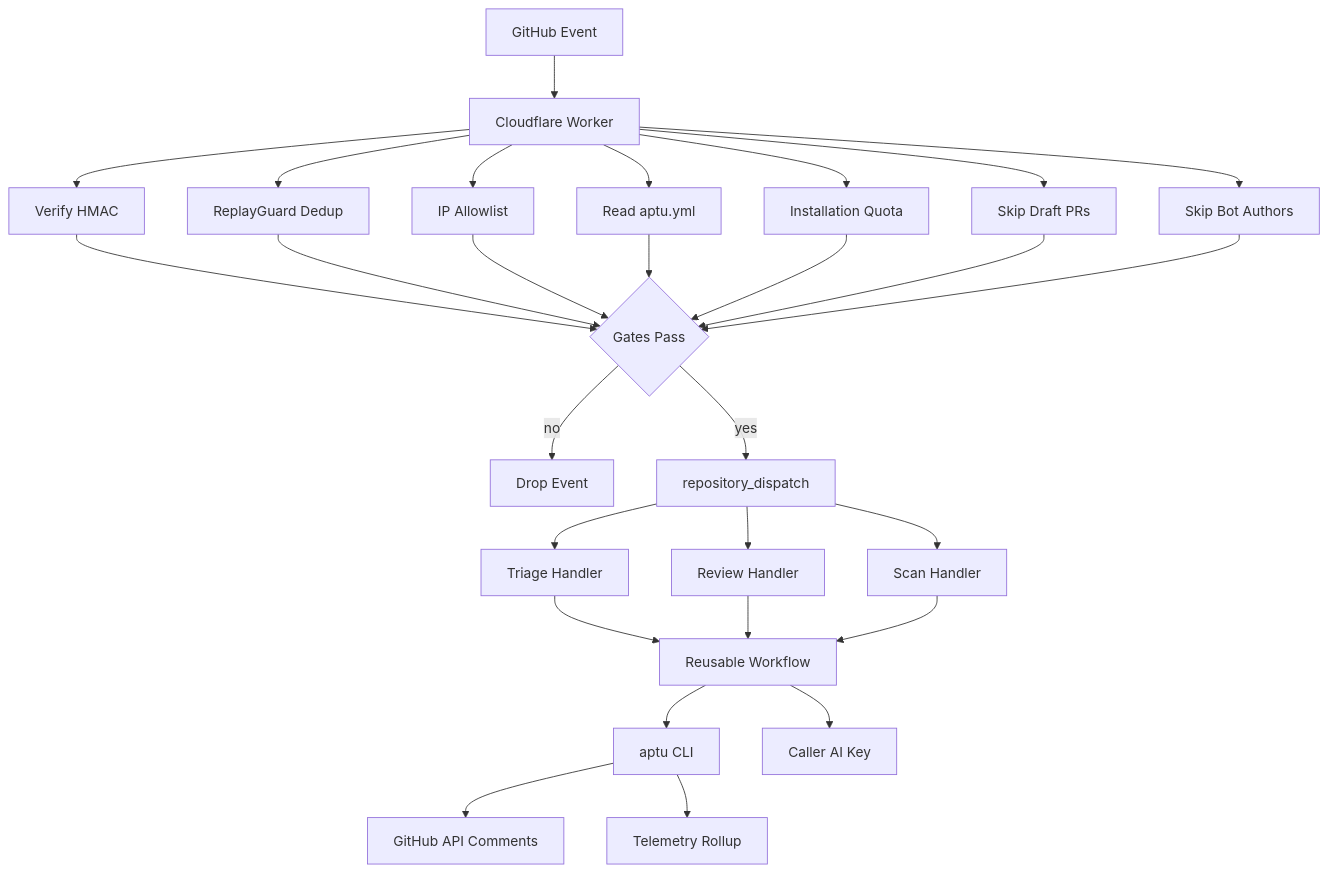
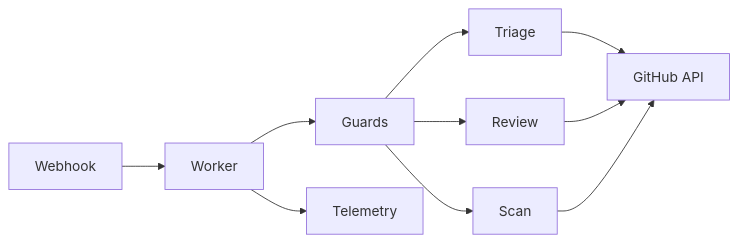
The diagram in docs/diagrams/architecture.mmd (clouatre-labs/aptu-github-app), drawn with Mermaid before and after one commit. The commit also changed 2 other files, not shown here.

Commit message:
docs(readme): drop workflow badges, simplify diagram (#352)

```diff
--- a/docs/diagrams/architecture.mmd
+++ b/docs/diagrams/architecture.mmd
@@ -1,28 +1,10 @@
-graph TD
-    GH[GitHub Event] --> W[Cloudflare Worker]
-    W --> SIG[Verify HMAC]
-    W --> RG[ReplayGuard Dedup]
-    W --> ACL[IP Allowlist]
-    W --> CFG[Read aptu.yml]
-    W --> QUOTA[Installation Quota]
-    W --> DRAFT[Skip Draft PRs]
-    W --> BOTS[Skip Bot Authors]
-    SIG --> GATES{Gates Pass}
-    RG --> GATES
-    ACL --> GATES
-    CFG --> GATES
-    QUOTA --> GATES
-    DRAFT --> GATES
-    BOTS --> GATES
-    GATES -->|no| DROP[Drop Event]
-    GATES -->|yes| DISP[repository_dispatch]
-    DISP --> TRIAGE[Triage Handler]
-    DISP --> REVIEW[Review Handler]
-    DISP --> SCAN[Scan Handler]
-    TRIAGE --> REU[Reusable Workflow]
-    REVIEW --> REU
-    SCAN --> REU
-    REU --> CLI[aptu CLI]
-    REU --> KEY[Caller AI Key]
-    CLI --> API[GitHub API Comments]
-    CLI --> TELE[Telemetry Rollup]
+graph LR
+    GH[Webhook] --> W[Worker]
+    W --> GUARDS[Guards]
+    GUARDS --> TRIAGE[Triage]
+    GUARDS --> REVIEW[Review]
+    GUARDS --> SCAN[Scan]
+    TRIAGE --> API[GitHub API]
+    REVIEW --> API
+    SCAN --> API
+    W --> TELE[Telemetry]
```
